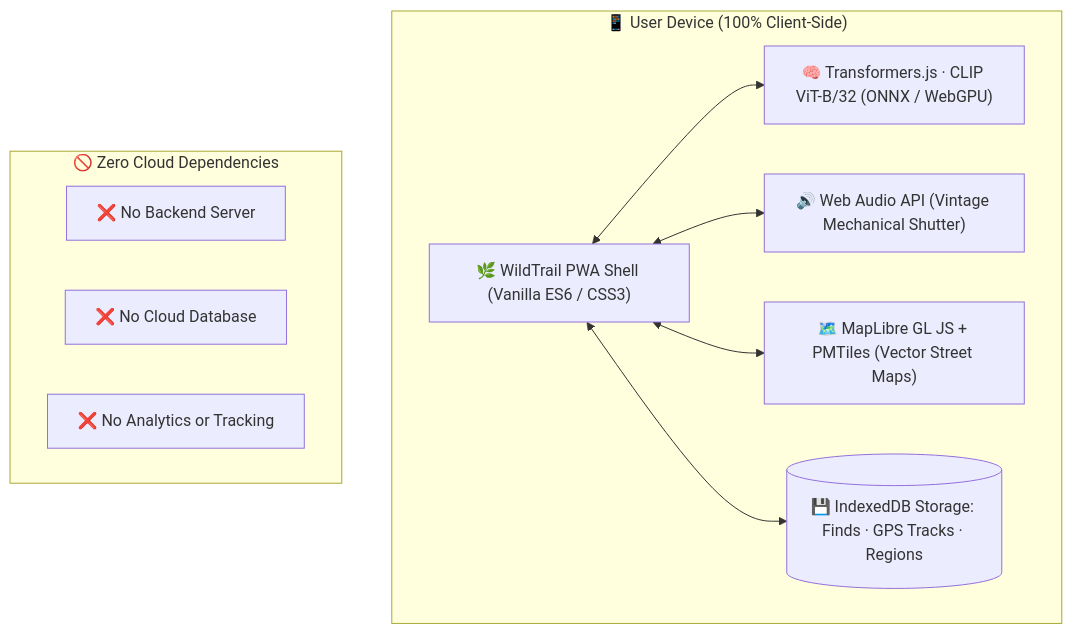
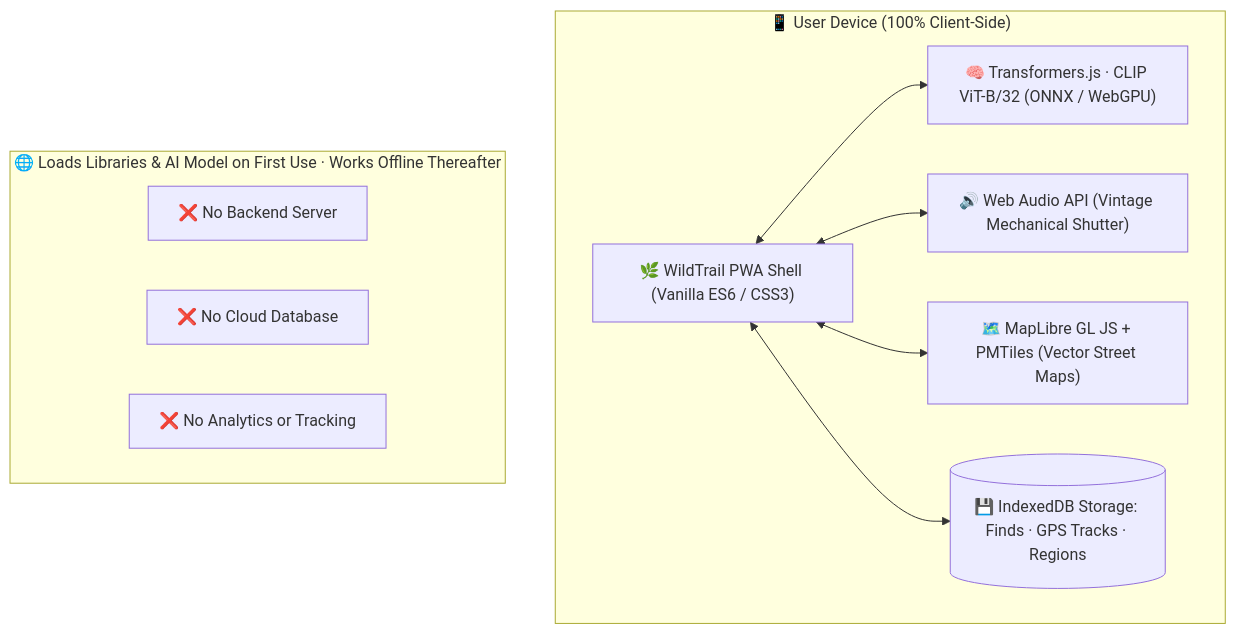
The second of 2 diagrams in README.md (XiaoArnav/wildtrail), drawn with Mermaid before and after one commit. The commit also changed other lines of this file and 3 other files, not shown here.

Commit message:
Refine privacy architecture, update offline PMTiles roadmap, and set honest field fallback

````diff
--- a/README.md
+++ b/README.md
@@ -124,21 +124,21 @@
 ```mermaid
 flowchart TD
     subgraph Client["📱 User Device (100% Client-Side)"]
         UI["🌿 WildTrail PWA Shell (Vanilla ES6 / CSS3)"]
         Vision["🧠 Transformers.js · CLIP ViT-B/32 (ONNX / WebGPU)"]
         Audio["🔊 Web Audio API (Vintage Mechanical Shutter)"]
         GIS["🗺️ MapLibre GL JS + PMTiles (Vector Street Maps)"]
         Storage[("💾 IndexedDB Storage: Finds · GPS Tracks · Regions")]
 
         UI <--> Vision
         UI <--> Audio
         UI <--> GIS
         UI <--> Storage
     end
 
-    subgraph Remote["🚫 Zero Cloud Dependencies"]
+    subgraph Remote["🌐 Loads Libraries & AI Model on First Use · Works Offline Thereafter"]
         NoServer["❌ No Backend Server"]
         NoDB["❌ No Cloud Database"]
         NoTrack["❌ No Analytics or Tracking"]
     end
 ```
````
